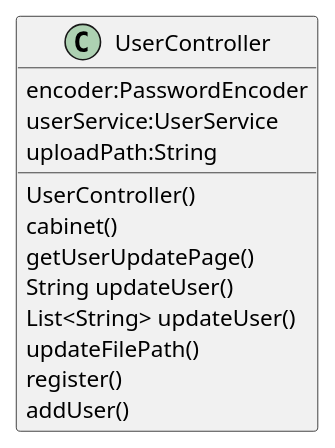
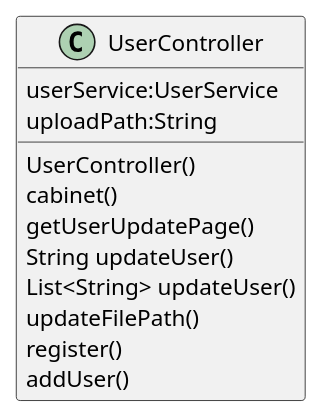
Before and after one commit to Spotyk/springApp: the diagram in src/main/java/ua/knucea/controller/uml/UserController.puml, drawn with PlantUML. The commit also changed 26 other files, not shown here.

```diff
--- a/src/main/java/ua/knucea/controller/uml/UserController.puml
+++ b/src/main/java/ua/knucea/controller/uml/UserController.puml
@@ -1,15 +1,14 @@
 @startuml
  class UserController {
- 	encoder:PasswordEncoder
  	userService:UserService
  	uploadPath:String
  	UserController()
  	cabinet()
  	getUserUpdatePage()
  	String updateUser()
  	List<String> updateUser()
  	updateFilePath()
  	register()
  	addUser()
  }
 @enduml
```
